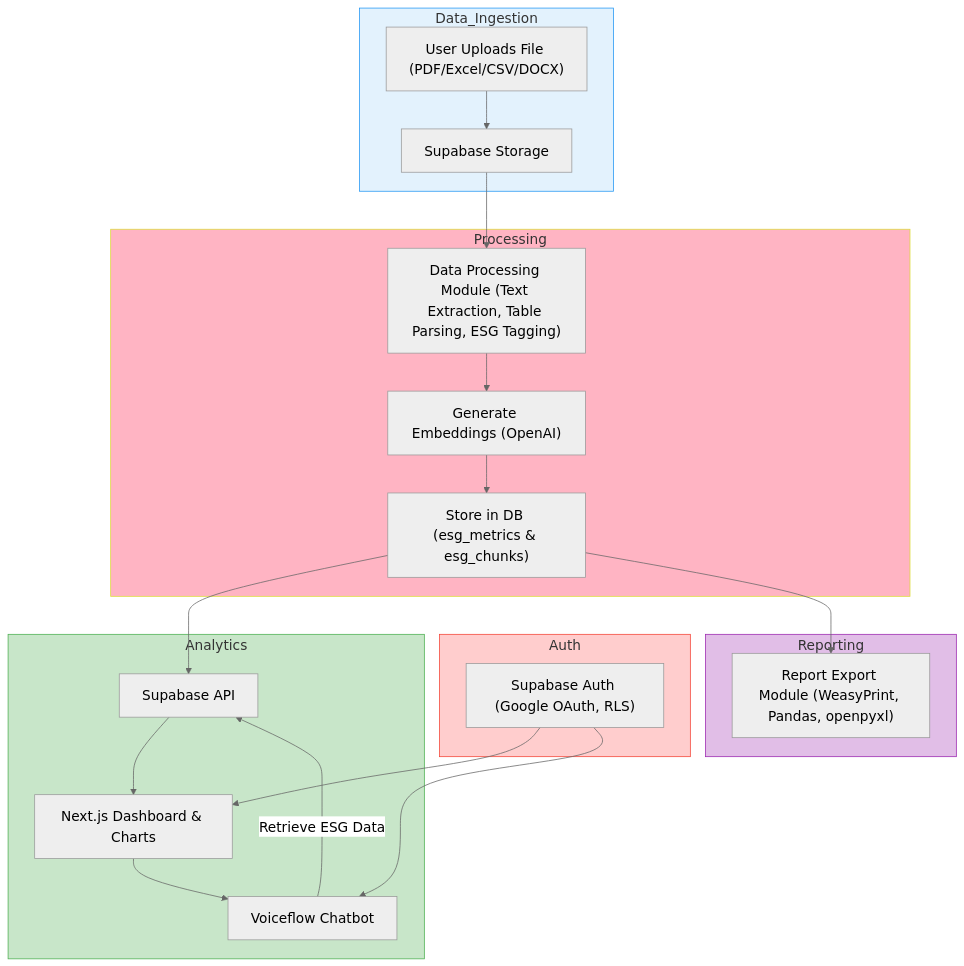
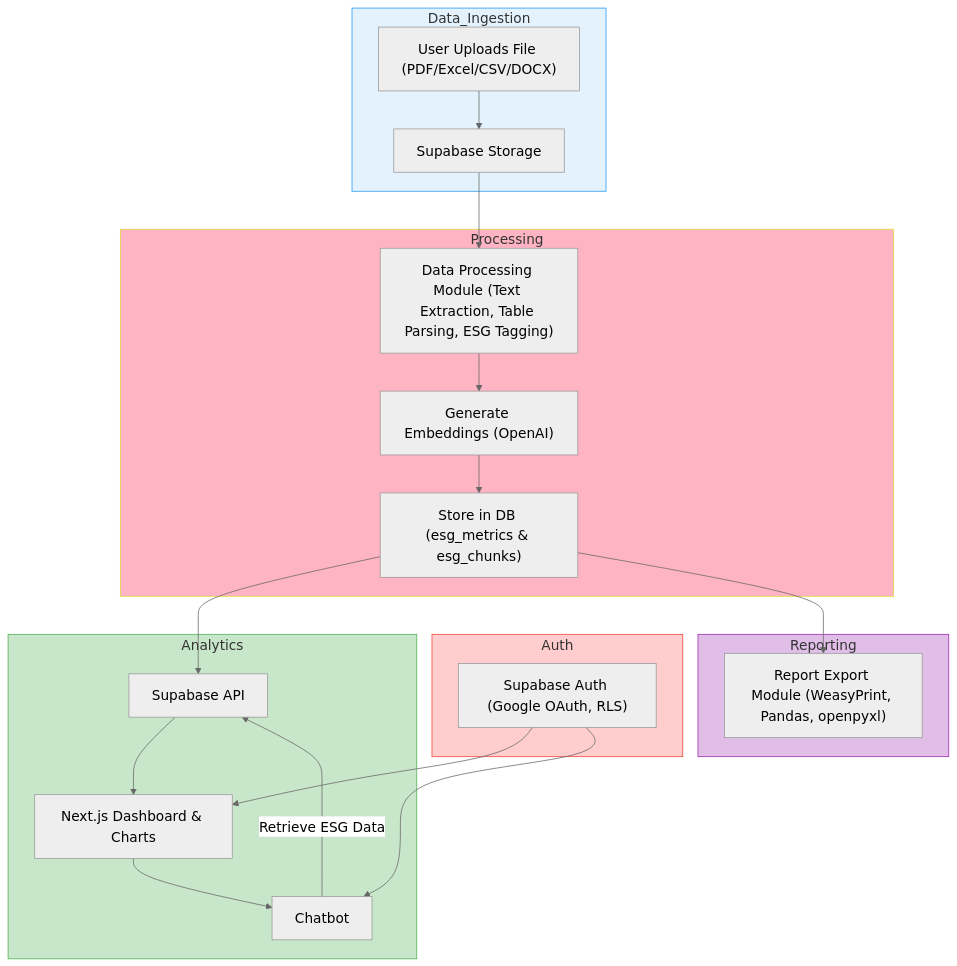
Before and after one commit to VenkateshShivandi/ESG_Reporting: the ninth of 9 diagrams in documentation/app_flow_document.md, drawn with Mermaid. The commit also changed other lines of this file and 6 other files, not shown here.

First line of the commit message:
Remove Voiceflow references and update chatbot integration documentation

````diff
--- a/documentation/app_flow_document.md
+++ b/documentation/app_flow_document.md
@@ -185,31 +185,31 @@
 ```mermaid
 %%{init: {'theme': 'neutral', 'themeVariables': { 'fontSize': '18px'}}}%%
 graph TB
   subgraph Data_Ingestion
     A["User Uploads File (PDF/Excel/CSV/DOCX)"] --> B["Supabase Storage"]
   end
   subgraph Processing
     B --> C["Data Processing Module (Text Extraction, Table Parsing, ESG Tagging)"]
     C --> D["Generate Embeddings (OpenAI)"]
     D --> E["Store in DB (esg_metrics & esg_chunks)"]
   end
   subgraph Analytics
     E --> F["Supabase API"]
     F --> G["Next.js Dashboard & Charts"]
-    G --> H["Voiceflow Chatbot"]
+    G --> H["Chatbot"]
     H -->|Retrieve ESG Data| F
   end
   subgraph Auth
     I["Supabase Auth (Google OAuth, RLS)"] --> G
     I --> H
   end
   subgraph Reporting
     E --> J["Report Export Module (WeasyPrint, Pandas, openpyxl)"]
   end
   style Data_Ingestion fill:#e3f2fd,stroke:#2196f3
   style Processing fill:#ffb4c3,stroke:#dcdc39
   style Analytics fill:#c8e6c9,stroke:#4caf50
   style Auth fill:#ffcdcd,stroke:#f44336
   style Reporting fill:#e1bee7,stroke:#9c27b0
 
 ```
````
